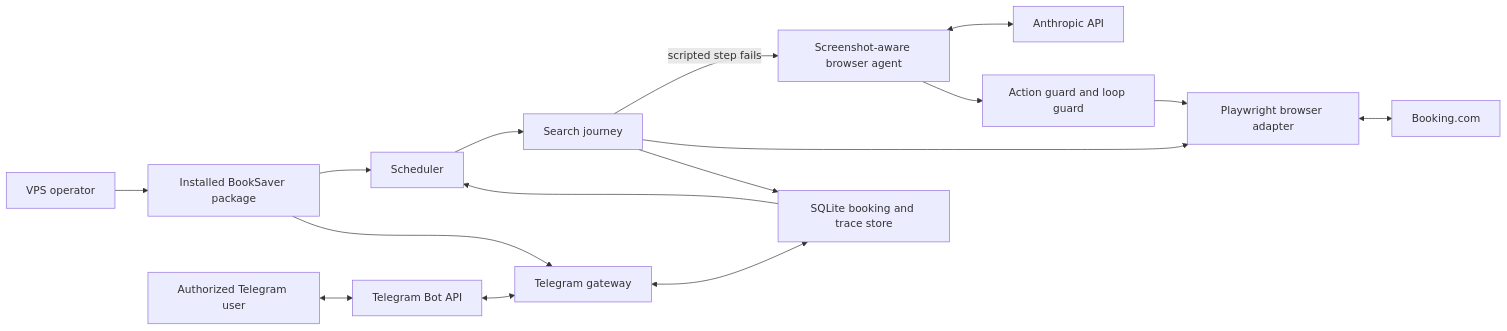
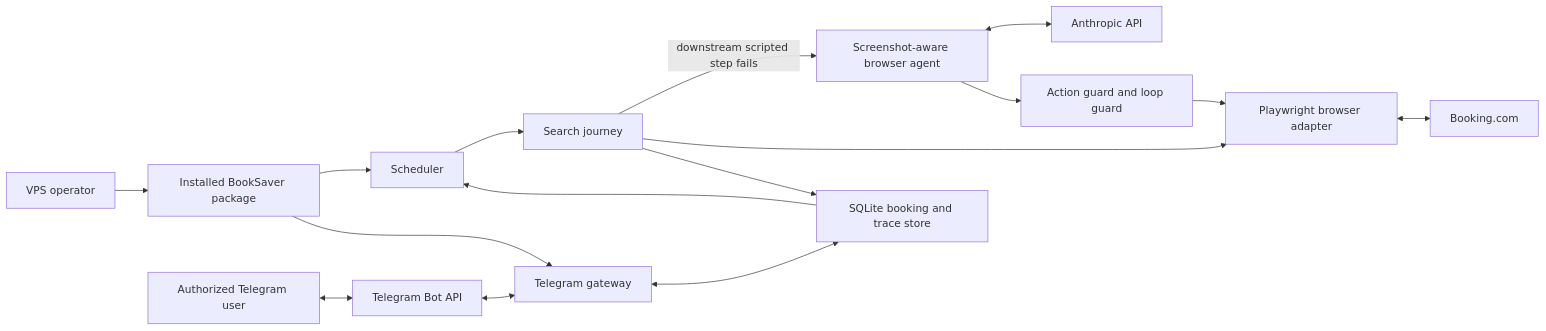
One commit to romkagribok/booksaver-agent changed the diagram in memory-bank/intents/004-production-hardening/system-context.md. Above: the diagram before and after it, drawn with Mermaid. The commit also changed other lines of this file and 21 other files, not shown here.

````diff
--- a/memory-bank/intents/004-production-hardening/system-context.md
+++ b/memory-bank/intents/004-production-hardening/system-context.md
@@ -58,18 +62,18 @@
 ```mermaid
 flowchart LR
     Operator["VPS operator"] --> Package["Installed BookSaver package"]
     User["Authorized Telegram user"] <--> Telegram["Telegram Bot API"]
     Telegram <--> Gateway["Telegram gateway"]
     Scheduler["Scheduler"] --> Journey["Search journey"]
     Store["SQLite booking and trace store"] --> Scheduler
     Gateway <--> Store
-    Journey -- "scripted step fails" --> Agent["Screenshot-aware browser agent"]
+    Journey -- "downstream scripted step fails" --> Agent["Screenshot-aware browser agent"]
     Agent <--> Anthropic["Anthropic API"]
     Agent --> Guard["Action guard and loop guard"]
     Guard --> Browser["Playwright browser adapter"]
     Journey --> Browser
     Browser <--> Booking["Booking.com"]
     Journey --> Store
     Package --> Scheduler
     Package --> Gateway
 ```
````
